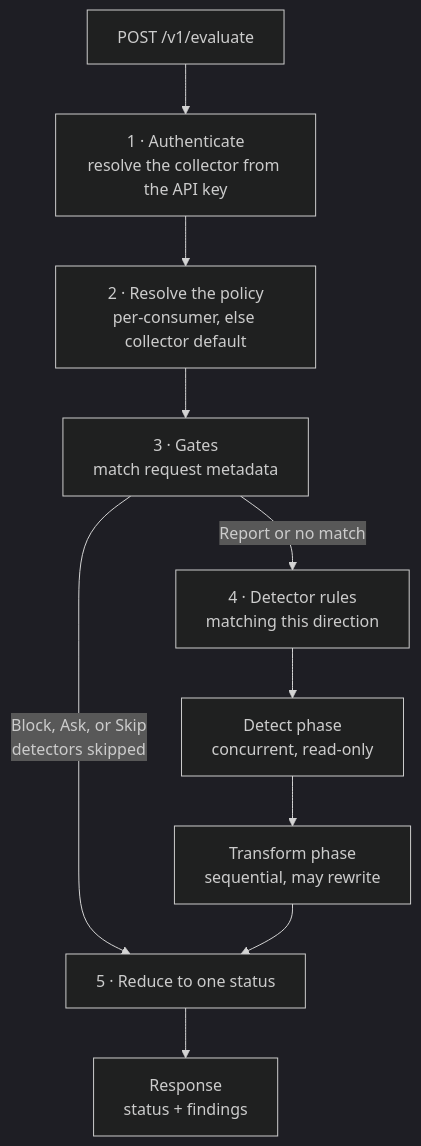
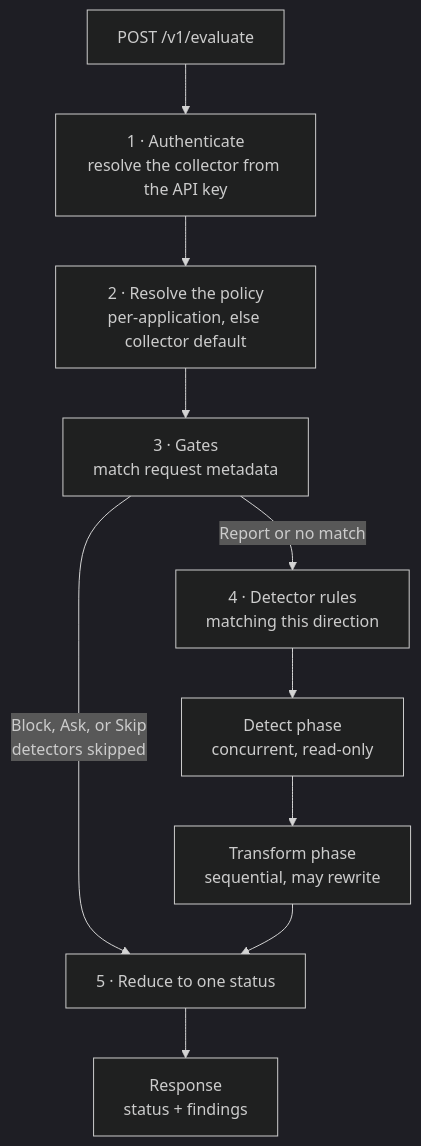
One commit to NeuralTrust/docs changed the diagram in trustguard/api/evaluate.mdx. Above: the diagram before and after it, drawn with Mermaid (dark theme). The commit also changed other lines of this file and 24 other files, not shown here.

First line of the commit message:
docs: rename consumer to application where the console now says application

````diff
--- a/trustguard/api/evaluate.mdx
+++ b/trustguard/api/evaluate.mdx
@@ -182,12 +182,12 @@
 ```mermaid
 flowchart TD
   REQ[POST /v1/evaluate] --> AUTH[1 · Authenticate<br/>resolve the collector from the API key]
-  AUTH --> POL[2 · Resolve the policy<br/>per-consumer, else collector default]
+  AUTH --> POL[2 · Resolve the policy<br/>per-application, else collector default]
   POL --> GATES[3 · Gates<br/>match request metadata]
   GATES -->|Block, Ask, or Skip<br/>detectors skipped| RED[5 · Reduce to one status]
   GATES -->|Report or no match| RULES[4 · Detector rules<br/>matching this direction]
   RULES --> DETECT[Detect phase<br/>concurrent, read-only]
   DETECT --> XFORM[Transform phase<br/>sequential, may rewrite]
   XFORM --> RED
   RED --> RESP[Response<br/>status + findings]
 ```
````
